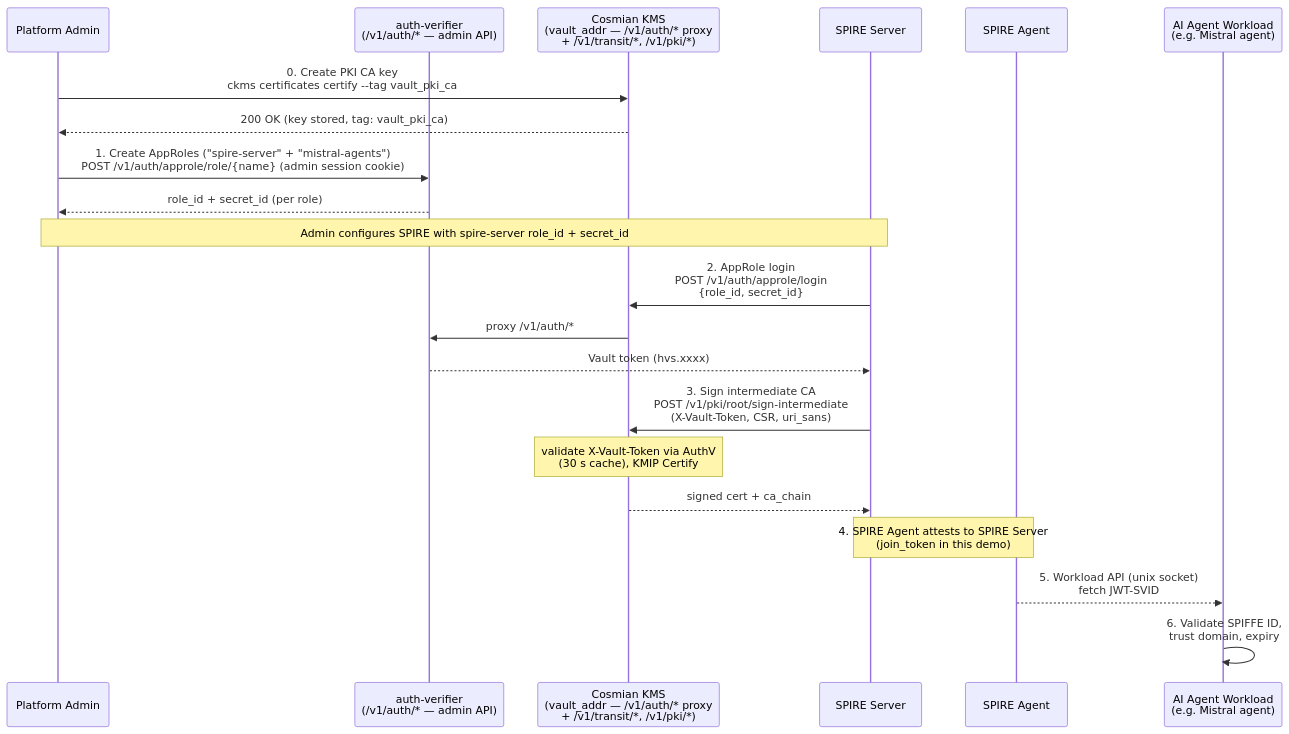
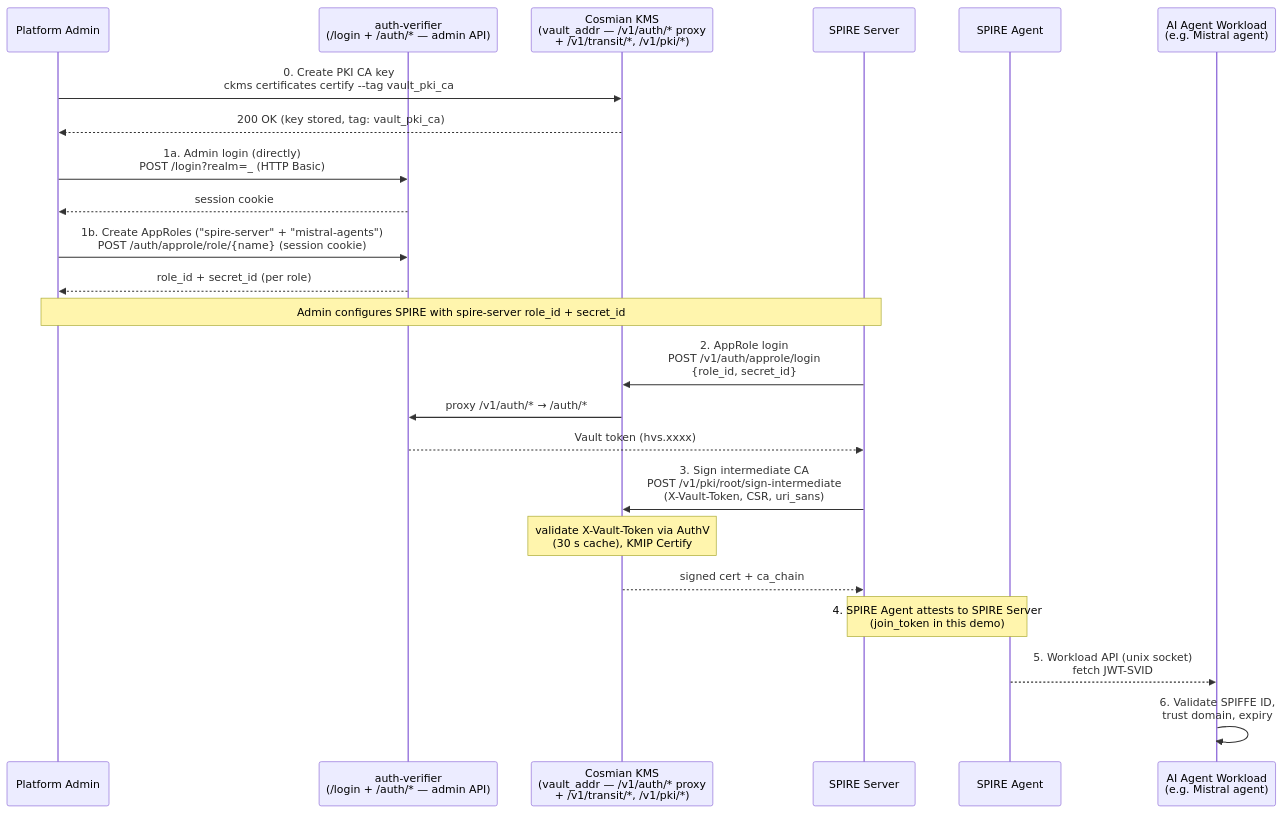
Before and after one commit to Cosmian/kms: the first of 7 diagrams in documentation/docs/integrations/spire_spiffe.md, drawn with Mermaid. The commit also changed other lines of this file and 5 other files, not shown here.

````diff
--- a/documentation/docs/integrations/spire_spiffe.md
+++ b/documentation/docs/integrations/spire_spiffe.md
@@ -14,24 +14,26 @@
 ```mermaid
 sequenceDiagram
     participant Admin as Platform Admin
-    participant AuthV as auth-verifier<br/>(/v1/auth/* — admin API)
+    participant AuthV as auth-verifier<br/>(/login + /auth/* — admin API)
     participant KMS as Cosmian KMS<br/>(vault_addr — /v1/auth/* proxy<br/>+ /v1/transit/*, /v1/pki/*)
     participant Server as SPIRE Server
     participant Agent as SPIRE Agent
     participant Mistral as AI Agent Workload<br/>(e.g. Mistral agent)
 
     Admin->>KMS: 0. Create PKI CA key<br/>ckms certificates certify --tag vault_pki_ca
     KMS-->>Admin: 200 OK (key stored, tag: vault_pki_ca)
-    Admin->>AuthV: 1. Create AppRoles ("spire-server" + "mistral-agents")<br/>POST /v1/auth/approle/role/{name} (admin session cookie)
+    Admin->>AuthV: 1a. Admin login (directly)<br/>POST /login?realm=_ (HTTP Basic)
+    AuthV-->>Admin: session cookie
+    Admin->>AuthV: 1b. Create AppRoles ("spire-server" + "mistral-agents")<br/>POST /auth/approle/role/{name} (session cookie)
     AuthV-->>Admin: role_id + secret_id (per role)
     Note over Admin,Server: Admin configures SPIRE with spire-server role_id + secret_id
     Server->>KMS: 2. AppRole login<br/>POST /v1/auth/approle/login<br/>{role_id, secret_id}
-    KMS->>AuthV: proxy /v1/auth/*
+    KMS->>AuthV: proxy /v1/auth/* → /auth/*
     AuthV-->>Server: Vault token (hvs.xxxx)
     Server->>KMS: 3. Sign intermediate CA<br/>POST /v1/pki/root/sign-intermediate<br/>(X-Vault-Token, CSR, uri_sans)
     Note over KMS: validate X-Vault-Token via AuthV<br/>(30 s cache), KMIP Certify
     KMS-->>Server: signed cert + ca_chain
     Note over Server,Agent: 4. SPIRE Agent attests to SPIRE Server<br/>(join_token in this demo)
     Agent-->>Mistral: 5. Workload API (unix socket)<br/>fetch JWT-SVID
     Mistral->>Mistral: 6. Validate SPIFFE ID,<br/>trust domain, expiry
 ```
````
